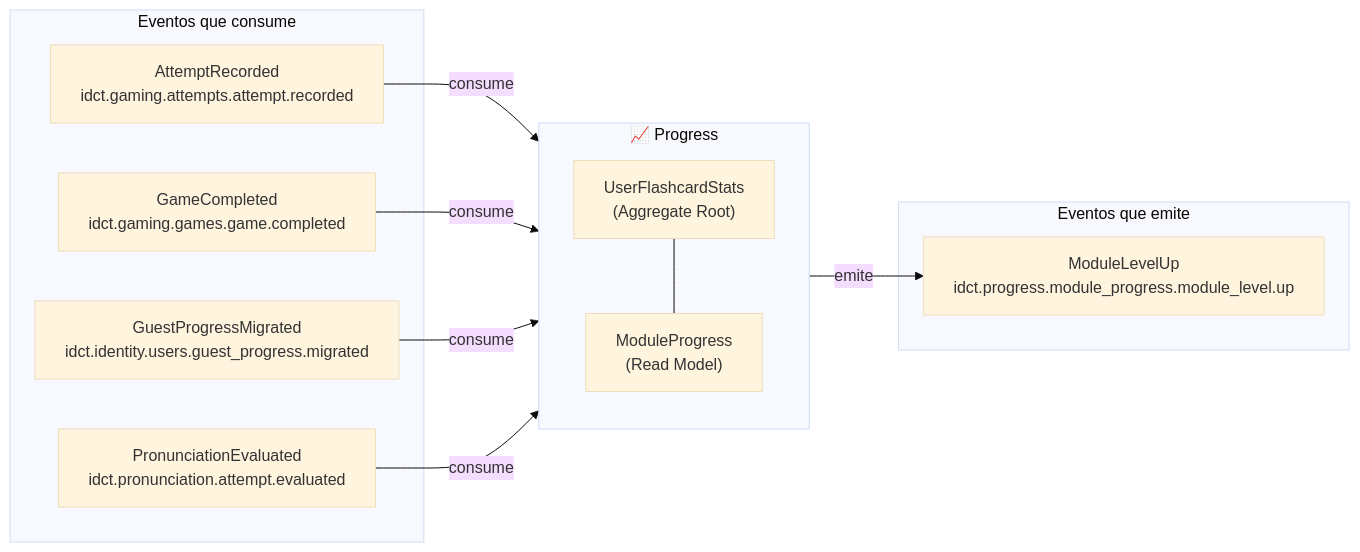
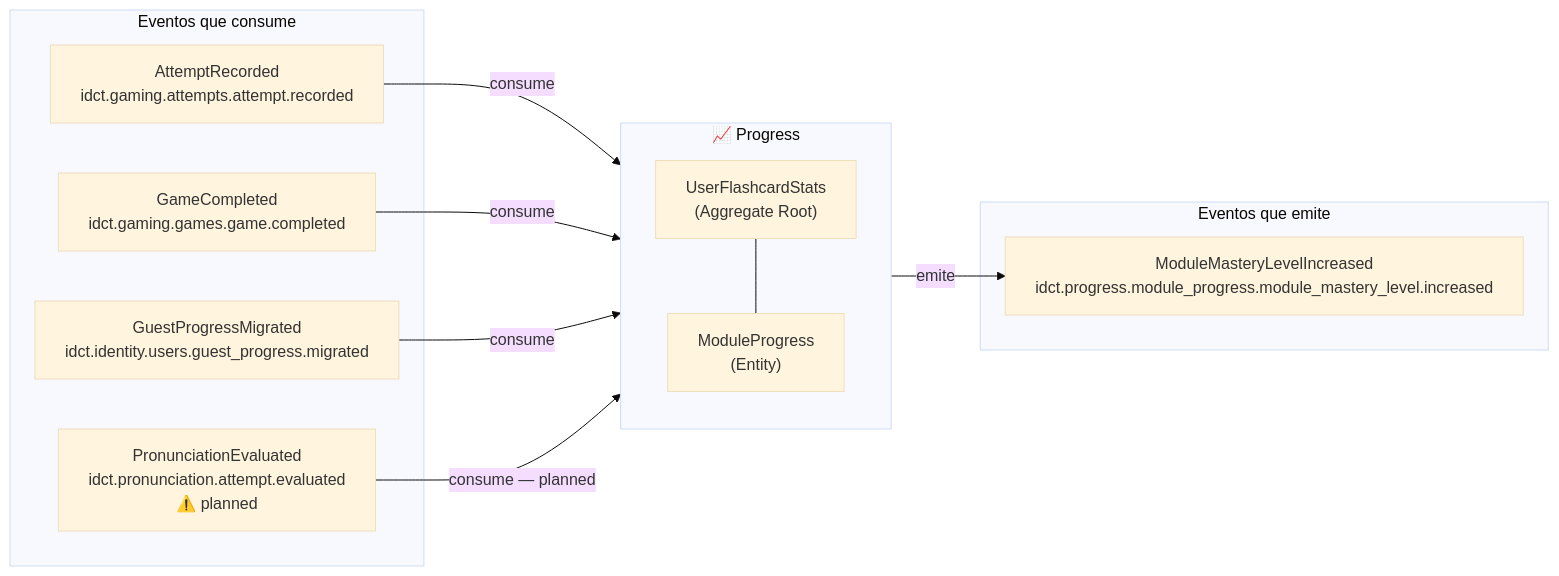
Before and after one commit to AbrahamVilchesDeLaCruz/ididntcatchthat: the fourth of 7 diagrams in docs/domain/bounded-contexts-detail.md, drawn with Mermaid (base theme). The commit also changed other lines of this file and 22 other files, not shown here.

````diff
--- a/docs/domain/bounded-contexts-detail.md
+++ b/docs/domain/bounded-contexts-detail.md
@@ -129,25 +129,25 @@
 ```mermaid
 graph LR
     subgraph Consumes ["Eventos que consume"]
         C1["AttemptRecorded\nidct.gaming.attempts.attempt.recorded"]
         C2["GameCompleted\nidct.gaming.games.game.completed"]
         C3["GuestProgressMigrated\nidct.identity.users.guest_progress.migrated"]
-        C4["PronunciationEvaluated\nidct.pronunciation.attempt.evaluated"]
+        C4["PronunciationEvaluated\nidct.pronunciation.attempt.evaluated\n⚠️ planned"]
     end
 
     subgraph Progress ["📈 Progress"]
         UFS["UserFlashcardStats\n(Aggregate Root)"]
-        MP["ModuleProgress\n(Read Model)"]
+        MP["ModuleProgress\n(Entity)"]
         UFS --- MP
     end
 
     subgraph Emits ["Eventos que emite"]
-        E1["ModuleLevelUp\nidct.progress.module_progress.module_level.up"]
+        E1["ModuleMasteryLevelIncreased\nidct.progress.module_progress.module_mastery_level.increased"]
     end
 
     C1 -->|consume| Progress
     C2 -->|consume| Progress
     C3 -->|consume| Progress
-    C4 -->|consume| Progress
+    C4 -->|consume — planned| Progress
     Progress -->|emite| E1
 ```
````
